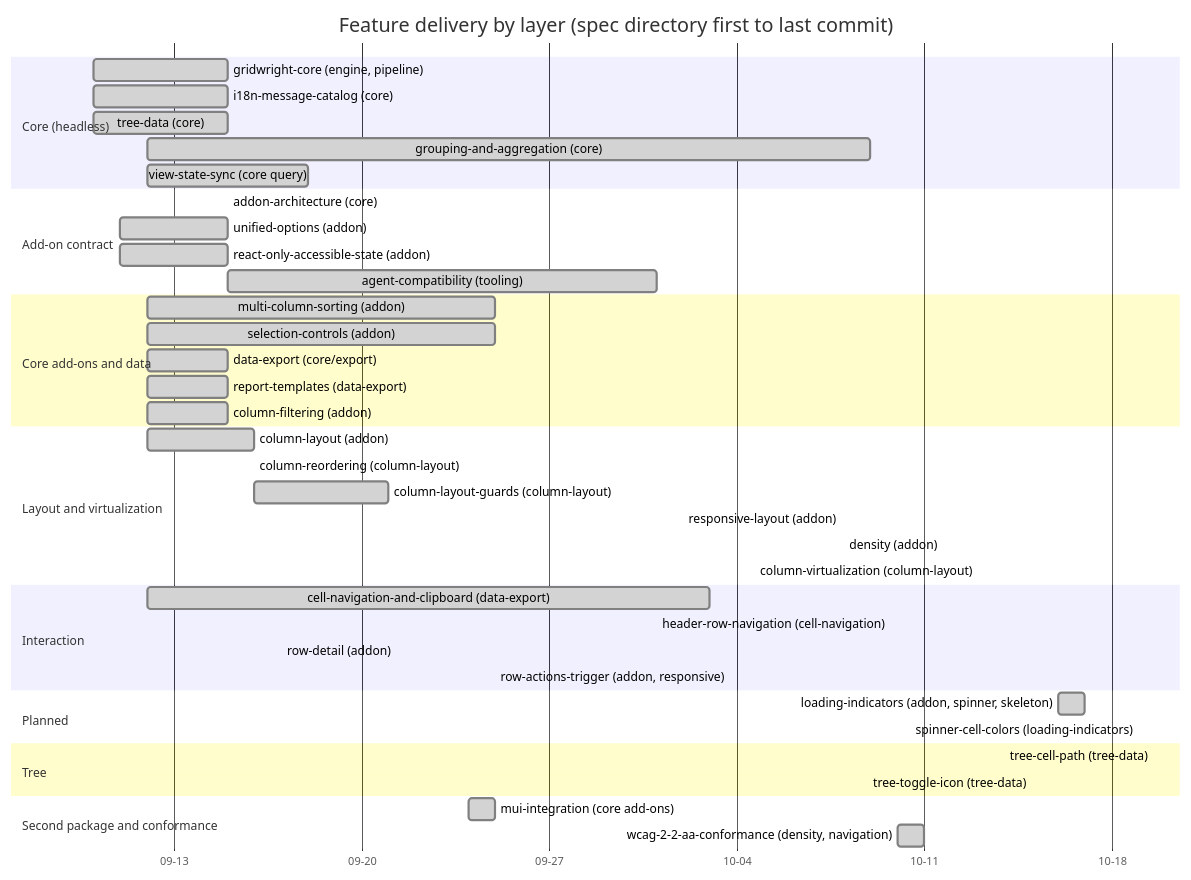
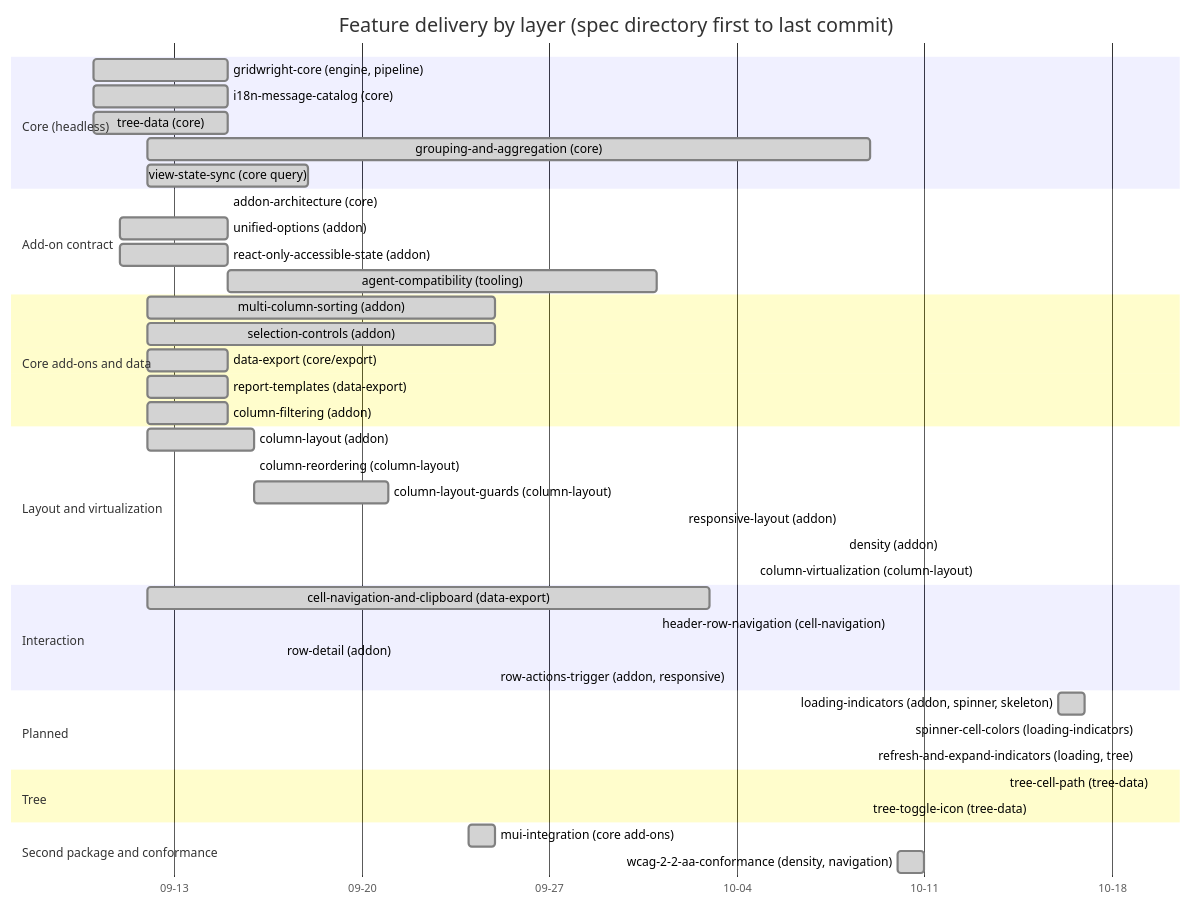
Before and after one commit to yaotzin1/apsw-gridwright: the third of 3 diagrams in specs/DEPENDENCY_MAP.md, drawn with Mermaid. The commit also changed 18 other files, not shown here.

First line of the commit message:
feat(loading): spinner or skeleton when rows are replaced, and under an expanding tree node (#114)

````diff
--- a/specs/DEPENDENCY_MAP.md
+++ b/specs/DEPENDENCY_MAP.md
@@ -199,52 +199,53 @@
 ```mermaid
 gantt
     title Feature delivery by layer (spec directory first to last commit)
     dateFormat YYYY-MM-DD
     axisFormat %m-%d
 
     section Core (headless)
     gridwright-core (engine, pipeline)            :done, core, 2026-09-10, 2026-09-15
     i18n-message-catalog (core)                   :done, i18n, 2026-09-10, 2026-09-15
     tree-data (core)                              :done, tree, 2026-09-10, 2026-09-15
     grouping-and-aggregation (core)               :done, grp, 2026-09-12, 2026-10-09
     view-state-sync (core query)                  :done, vss, 2026-09-12, 2026-09-18
 
     section Add-on contract
     addon-architecture (core)                     :done, addon, 2026-09-15, 2026-09-15
     unified-options (addon)                       :done, uopt, 2026-09-11, 2026-09-15
     react-only-accessible-state (addon)           :done, a11y, 2026-09-11, 2026-09-15
     agent-compatibility (tooling)                 :done, agent, 2026-09-15, 2026-10-01
 
     section Core add-ons and data
     multi-column-sorting (addon)                  :done, sort, 2026-09-12, 2026-09-25
     selection-controls (addon)                    :done, sel, 2026-09-12, 2026-09-25
     data-export (core/export)                     :done, exp, 2026-09-12, 2026-09-15
     report-templates (data-export)                :done, rpt, 2026-09-12, 2026-09-15
     column-filtering (addon)                      :done, filt, 2026-09-12, 2026-09-15
 
     section Layout and virtualization
     column-layout (addon)                         :done, lay, 2026-09-12, 2026-09-16
     column-reordering (column-layout)             :done, reord, 2026-09-16, 2026-09-16
     column-layout-guards (column-layout)          :done, guard, 2026-09-16, 2026-09-21
     responsive-layout (addon)                     :done, resp, 2026-10-02, 2026-10-02
     density (addon)                               :done, dens, 2026-10-08, 2026-10-08
     column-virtualization (column-layout)         :done, cvirt, 2026-10-13, 2026-10-13
 
     section Interaction
     cell-navigation-and-clipboard (data-export)   :done, nav, 2026-09-12, 2026-10-03
     header-row-navigation (cell-navigation)       :done, hnav, 2026-10-01, 2026-10-01
     row-detail (addon)                            :done, detail, 2026-09-17, 2026-09-17
     row-actions-trigger (addon, responsive)       :done, ract, 2026-09-25, 2026-09-25
 
     section Planned
     loading-indicators (addon, spinner, skeleton)  :done, load, 2026-10-16, 2026-10-17
     spinner-cell-colors (loading-indicators)       :done, scol, 2026-10-19, 2026-10-19
+    refresh-and-expand-indicators (loading, tree)  :done, rexp, 2026-10-19, 2026-10-19
 
     section Tree
     tree-cell-path (tree-data)                    :done, tpath, 2026-10-14, 2026-10-14
     tree-toggle-icon (tree-data)                  :done, ticon, 2026-10-15, 2026-10-15
 
     section Second package and conformance
     mui-integration (core add-ons)                :done, mui, 2026-09-24, 2026-09-25
     wcag-2-2-aa-conformance (density, navigation) :done, wcag, 2026-10-10, 2026-10-11
 ```
````
